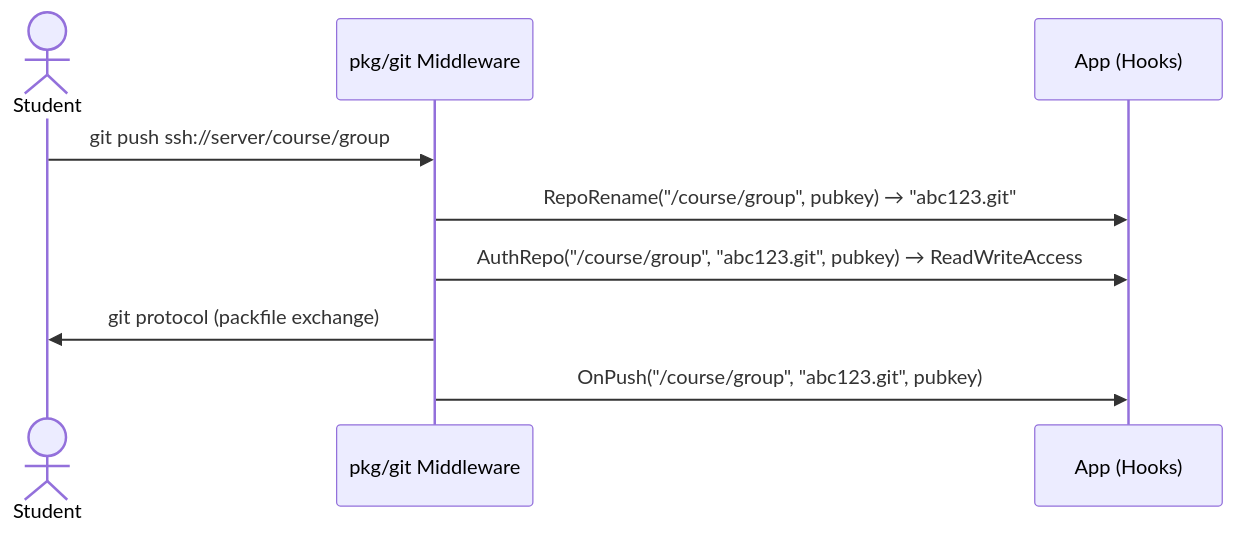
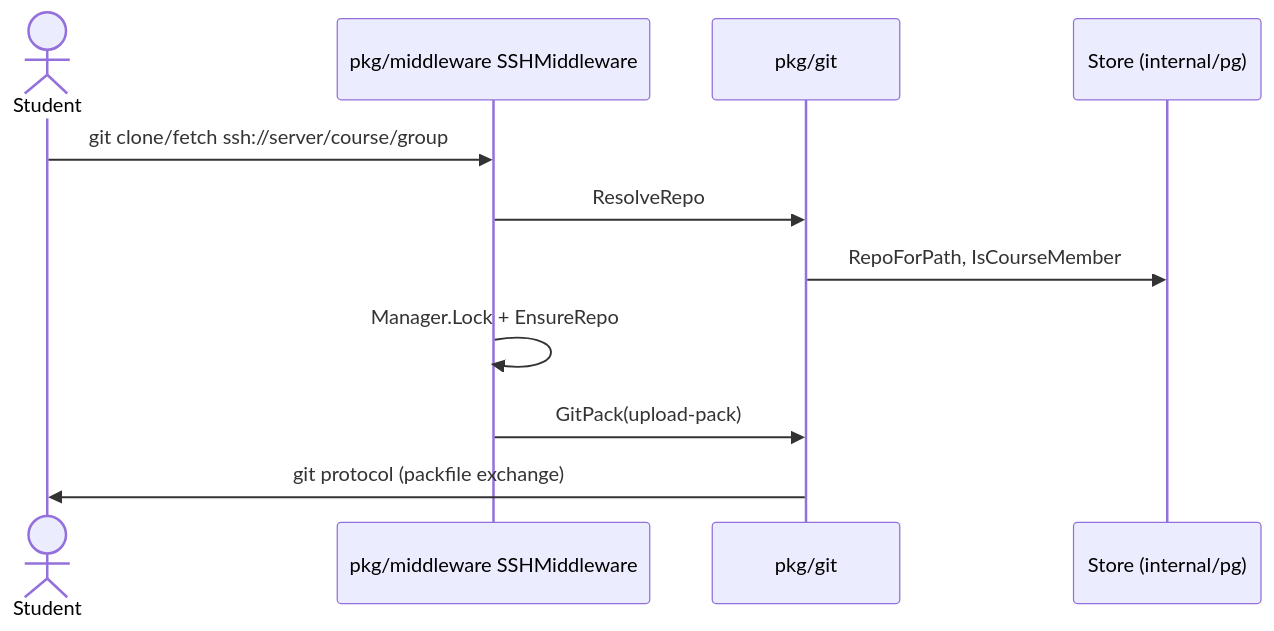
One commit to dsc-sgu/mm-backend changed the second of 2 diagrams in pkg/git/README.md. Above: the diagram before and after it, drawn with Mermaid. The commit also changed other lines of this file and 21 other files, not shown here.

Commit message:
refactor: rewrite git hooks

````diff
--- a/pkg/git/README.md
+++ b/pkg/git/README.md
@@ -17,12 +46,14 @@
 ```mermaid
 sequenceDiagram
     actor Student
-    participant Middleware as pkg/git Middleware
-    participant Hooks as App (Hooks)
+    participant MW as pkg/middleware SSHMiddleware
+    participant Git as pkg/git
+    participant DB as Store (internal/pg)
 
-    Student->>Middleware: git push ssh://server/course/group
-    Middleware->>Hooks: RepoRename("/course/group", pubkey) → "abc123.git"
-    Middleware->>Hooks: AuthRepo("/course/group", "abc123.git", pubkey) → ReadWriteAccess
-    Middleware->>Student: git protocol (packfile exchange)
-    Middleware->>Hooks: OnPush("/course/group", "abc123.git", pubkey)
+    Student->>MW: git clone/fetch ssh://server/course/group
+    MW->>Git: ResolveRepo
+    Git->>DB: RepoForPath, IsCourseMember
+    MW->>MW: Manager.Lock + EnsureRepo
+    MW->>Git: GitPack(upload-pack)
+    Git->>Student: git protocol (packfile exchange)
 ```
````
